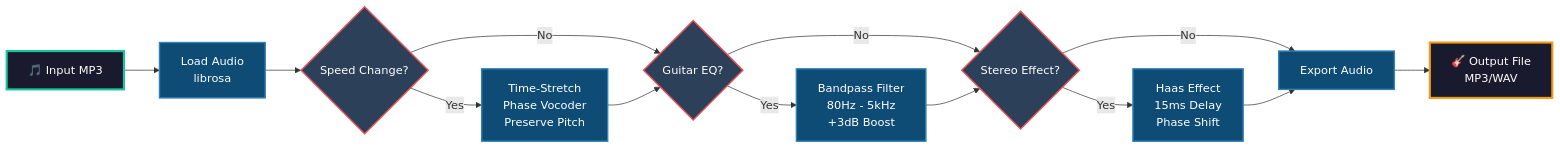
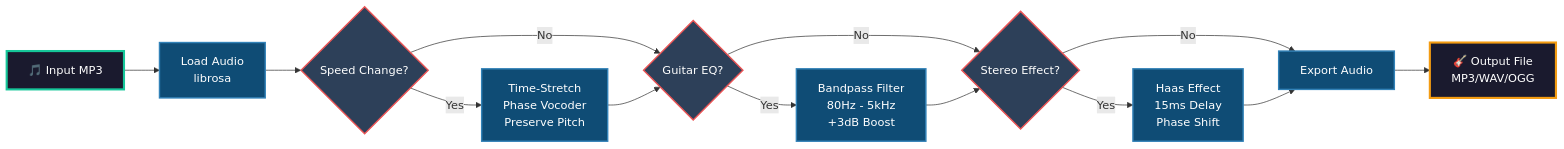
The diagram in README.md (masseo1/slowmedown), drawn with Mermaid before and after one commit. The commit also changed other lines of this file, not shown here.

First line of the commit message:
Add OGG format support to README and mermaid diagram

````diff
--- a/README.md
+++ b/README.md
@@ -54,25 +54,25 @@
 ```mermaid
 graph LR
     A[🎵 Input MP3] --> B[Load Audio<br/>librosa]
     B --> C{Speed Change?}
     C -->|Yes| D[Time-Stretch<br/>Phase Vocoder<br/>Preserve Pitch]
     C -->|No| E{Guitar EQ?}
     D --> E
     E -->|Yes| F[Bandpass Filter<br/>80Hz - 5kHz<br/>+3dB Boost]
     E -->|No| G{Stereo Effect?}
     F --> G
     G -->|Yes| H[Haas Effect<br/>15ms Delay<br/>Phase Shift]
     G -->|No| I[Export Audio]
     H --> I
-    I --> J[🎸 Output File<br/>MP3/WAV]
+    I --> J[🎸 Output File<br/>MP3/WAV/OGG]
     
     classDef inputStyle fill:#1a1a2e,stroke:#16c79a,color:#fff,stroke-width:3px
     classDef processStyle fill:#0f4c75,stroke:#3282b8,color:#fff,stroke-width:2px
     classDef decisionStyle fill:#2d4059,stroke:#ea5455,color:#fff,stroke-width:2px
     classDef outputStyle fill:#1a1a2e,stroke:#f39c12,color:#fff,stroke-width:3px
     
     class A inputStyle
     class B,D,F,H,I processStyle
     class C,E,G decisionStyle
     class J outputStyle
 ```
````
